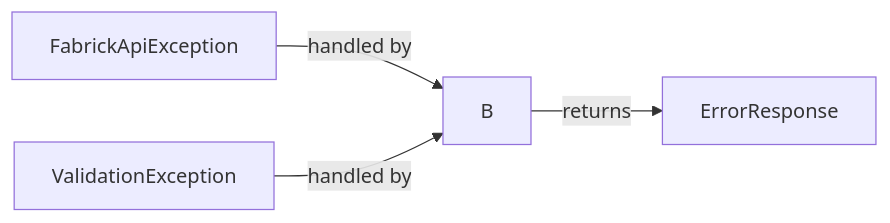
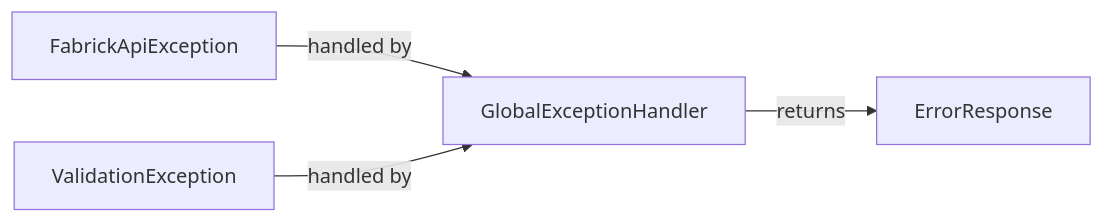
The sixth of 6 diagrams in README.md (SoyHub/OrbyaQuiz), drawn with Mermaid before and after one commit. The commit also changed other lines of this file, not shown here.

Commit message:
docs: update error handling section in README to reflect use of @RestControllerAdvice

````diff
--- a/README.md
+++ b/README.md
@@ -327,6 +327,6 @@
 ```mermaid
 graph LR
-    C[FabrickApiException] -->|handled by| B
-    E[ValidationException] -->|handled by| B
+    C[FabrickApiException] -->|handled by| B[GlobalExceptionHandler]
+    E[ValidationException] -->|handled by| B[GlobalExceptionHandler]
     B -->|returns| F[ErrorResponse]
 ```
````
